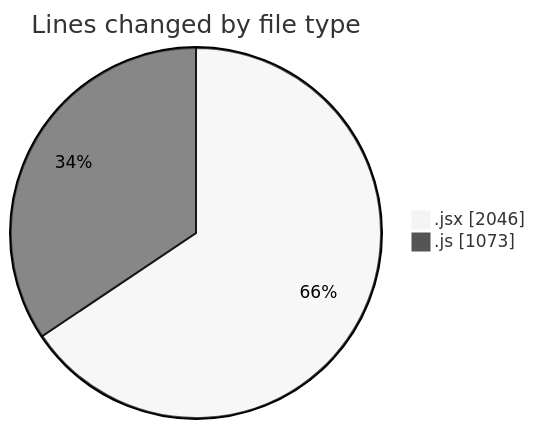
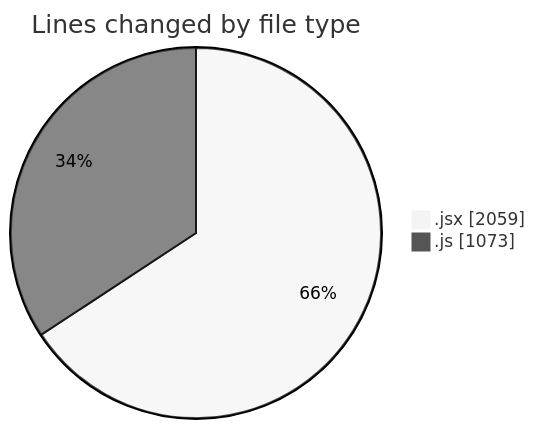
The first of 2 diagrams in 2025-06-04/nxtqube_webapp/README.md (nxtqubesakshisongat/code-tracking), drawn with Mermaid (neutral theme) before and after one commit. The commit also changed other lines of this file and 1 other file, not shown here.

````diff
--- a/2025-06-04/nxtqube_webapp/README.md
+++ b/2025-06-04/nxtqube_webapp/README.md
@@ -26,6 +26,6 @@
 ```mermaid
 pie showData
 title Lines changed by file type
-".jsx" : 2046
+".jsx" : 2059
 ".js" : 1073
 ```
````
